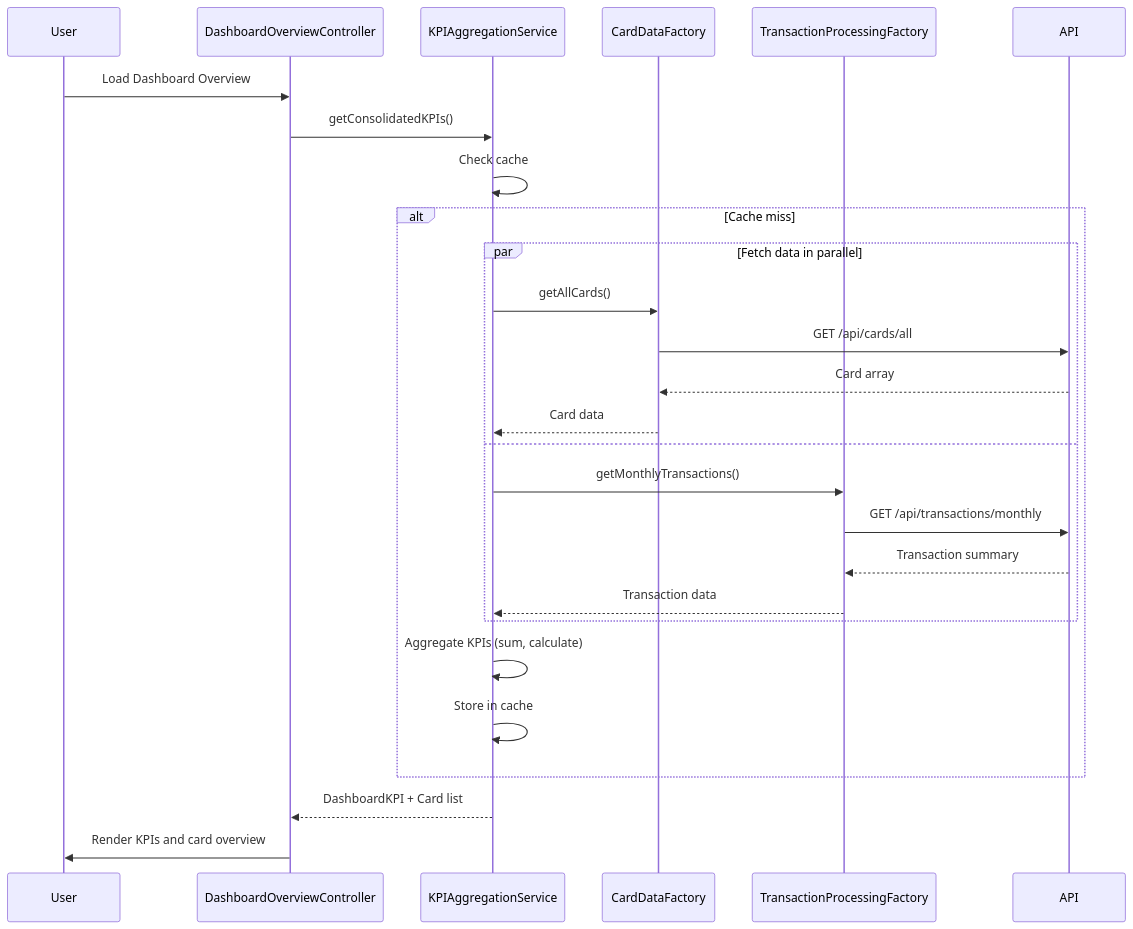
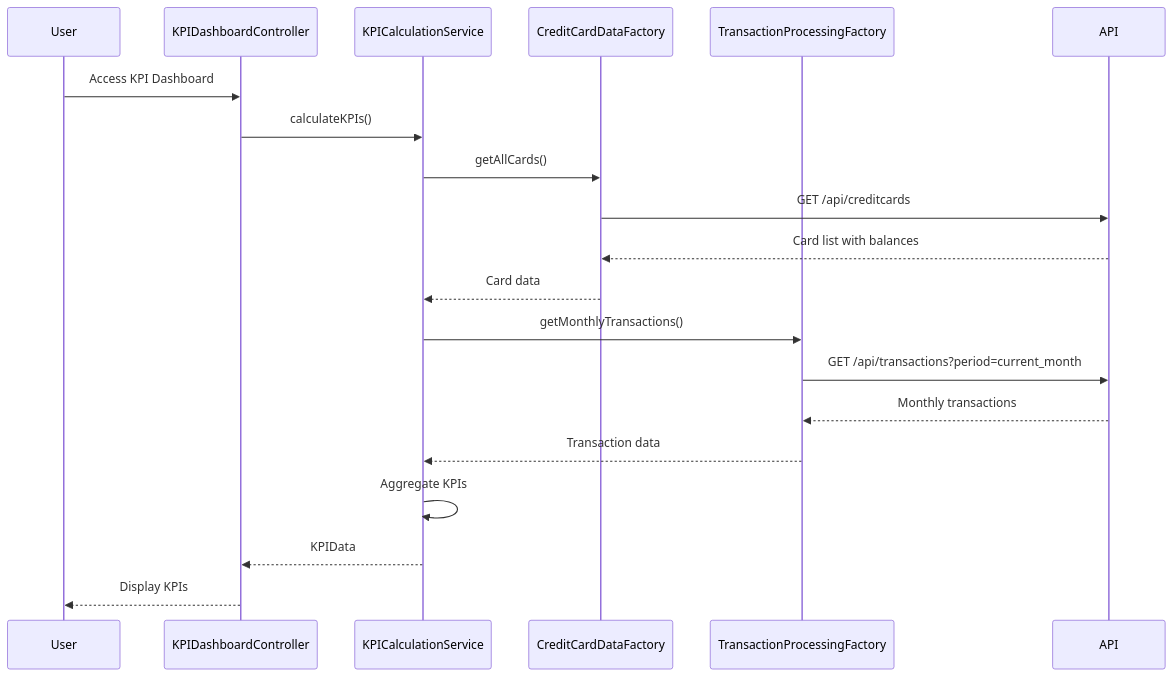
One commit to AAVA-Demo/APB_Demo changed the diagram in LLD/QE-8603_LLD.md. Above: the diagram before and after it, drawn with Mermaid. The commit also changed other lines of this file and 5 other files, not shown here.

````diff
--- a/LLD/QE-8603_LLD.md
+++ b/LLD/QE-8603_LLD.md
@@ -78,30 +81,23 @@
 ```mermaid
 sequenceDiagram
     participant User
-    participant DashboardOverviewController
-    participant KPIAggregationService
-    participant CardDataFactory
+    participant KPIDashboardController
+    participant KPICalculationService
+    participant CreditCardDataFactory
     participant TransactionProcessingFactory
     participant API
     
-    User->>DashboardOverviewController: Load Dashboard Overview
-    DashboardOverviewController->>KPIAggregationService: getConsolidatedKPIs()
-    KPIAggregationService->>KPIAggregationService: Check cache
-    alt Cache miss
-        par Fetch data in parallel
-            KPIAggregationService->>CardDataFactory: getAllCards()
-            CardDataFactory->>API: GET /api/cards/all
-            API-->>CardDataFactory: Card array
-            CardDataFactory-->>KPIAggregationService: Card data
-        and
-            KPIAggregationService->>TransactionProcessingFactory: getMonthlyTransactions()
-            TransactionProcessingFactory->>API: GET /api/transactions/monthly
-            API-->>TransactionProcessingFactory: Transaction summary
-            TransactionProcessingFactory-->>KPIAggregationService: Transaction data
-        end
-        KPIAggregationService->>KPIAggregationService: Aggregate KPIs (sum, calculate)
-        KPIAggregationService->>KPIAggregationService: Store in cache
-    end
-    KPIAggregationService-->>DashboardOverviewController: DashboardKPI + Card list
-    DashboardOverviewController->>User: Render KPIs and card overview
+    User->>KPIDashboardController: Access KPI Dashboard
+    KPIDashboardController->>KPICalculationService: calculateKPIs()
+    KPICalculationService->>CreditCardDataFactory: getAllCards()
+    CreditCardDataFactory->>API: GET /api/creditcards
+    API-->>CreditCardDataFactory: Card list with balances
+    CreditCardDataFactory-->>KPICalculationService: Card data
+    KPICalculationService->>TransactionProcessingFactory: getMonthlyTransactions()
+    TransactionProcessingFactory->>API: GET /api/transactions?period=current_month
+    API-->>TransactionProcessingFactory: Monthly transactions
+    TransactionProcessingFactory-->>KPICalculationService: Transaction data
+    KPICalculationService->>KPICalculationService: Aggregate KPIs
+    KPICalculationService-->>KPIDashboardController: KPIData
+    KPIDashboardController-->>User: Display KPIs
 ```
````
